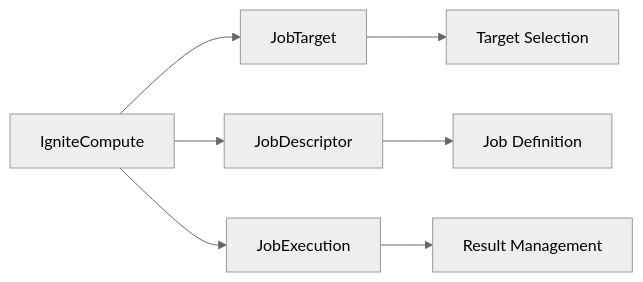
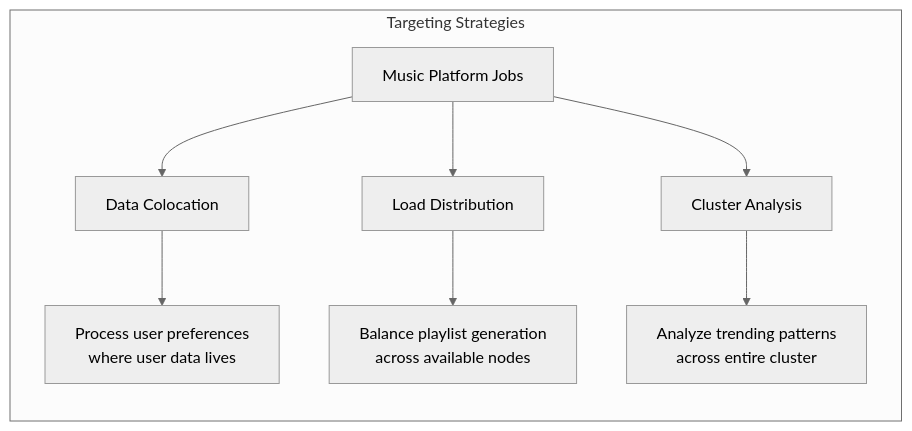
One commit to maglietti/ignite3-java-api-primer changed the second of 3 diagrams in docs/04-distributed-operations/03-compute-api-processing.md. Above: the diagram before and after it, drawn with Mermaid (neutral theme). The commit also changed other lines of this file and 18 other files, not shown here.

````diff
--- a/docs/04-distributed-operations/03-compute-api-processing.md
+++ b/docs/04-distributed-operations/03-compute-api-processing.md
@@ -45,10 +91,12 @@
 ```mermaid
 graph LR
-    A[IgniteCompute] --> B[JobTarget]
-    A --> C[JobDescriptor]
-    A --> D[JobExecution]
-    
-    B --> B1[Target Selection]
-    C --> C1[Job Definition]
-    D --> D1[Result Management]
+    subgraph "Targeting Strategies"
+        A[Music Platform Jobs] --> B[Data Colocation]
+        A --> C[Load Distribution] 
+        A --> D[Cluster Analysis]
+        
+        B --> B1["Process user preferences<br/>where user data lives"]
+        C --> C1["Balance playlist generation<br/>across available nodes"]
+        D --> D1["Analyze trending patterns<br/>across entire cluster"]
+    end
 ```
````
